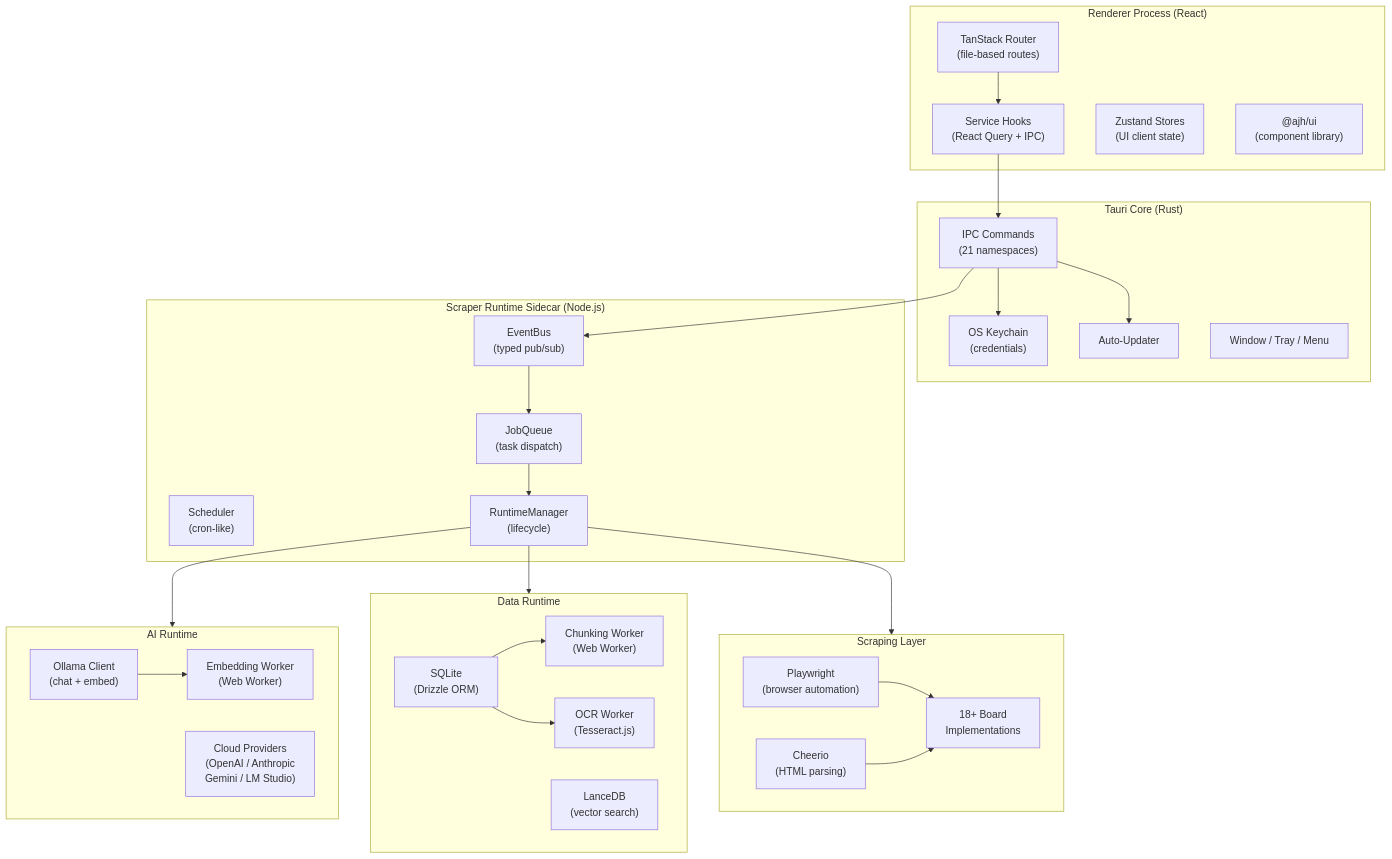
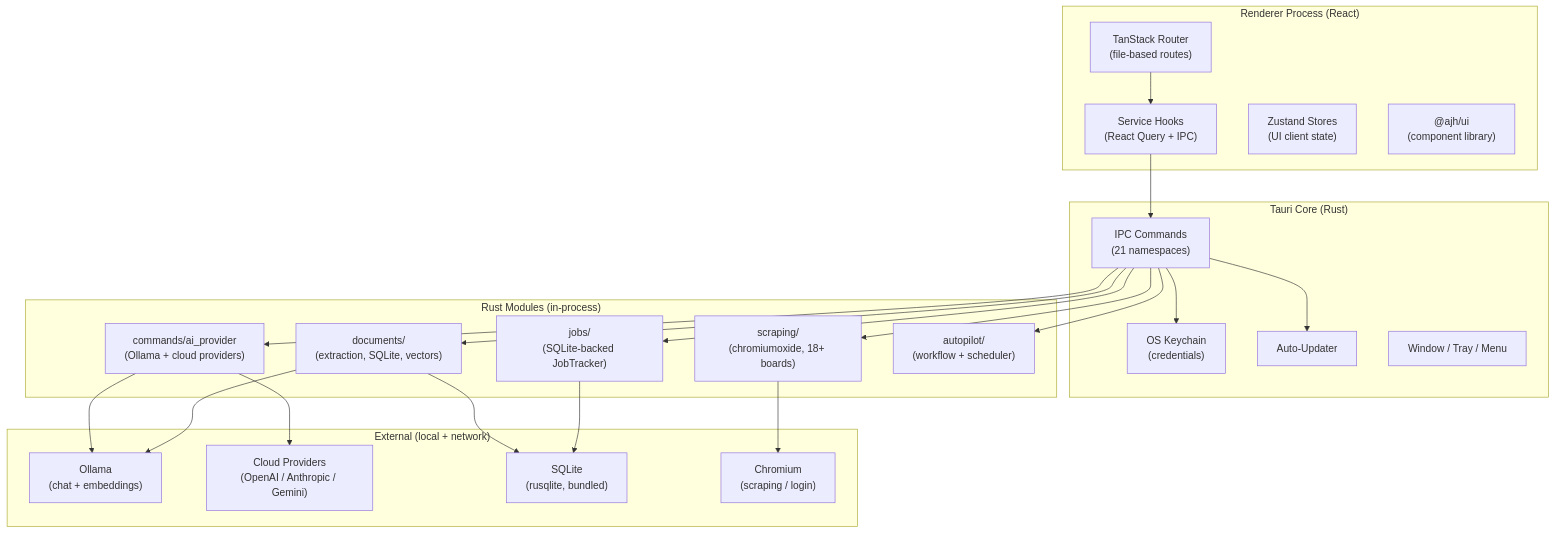
One commit to saeedkolivand/ai-job-hunter-app changed the first of 7 diagrams in docs/ARCHITECTURE.md. Above: the diagram before and after it, drawn with Mermaid. The commit also changed other lines of this file and 15 other files, not shown here.

First line of the commit message:
refactor: architecture hardening — typed IPC, codegen, dead-code removal (#143)

````diff
--- a/docs/ARCHITECTURE.md
+++ b/docs/ARCHITECTURE.md
@@ -13,58 +13,47 @@
 ```mermaid
 graph TB
     subgraph Renderer["Renderer Process (React)"]
         Router["TanStack Router\n(file-based routes)"]
         Services["Service Hooks\n(React Query + IPC)"]
         Stores["Zustand Stores\n(UI client state)"]
         UILib["@ajh/ui\n(component library)"]
     end
 
     subgraph Tauri["Tauri Core (Rust)"]
         Commands["IPC Commands\n(21 namespaces)"]
         Keychain["OS Keychain\n(credentials)"]
         Updater["Auto-Updater"]
         Window["Window / Tray / Menu"]
     end
 
-    subgraph Sidecar["Scraper Runtime Sidecar (Node.js)"]
-        EventBus["EventBus\n(typed pub/sub)"]
-        JobQueue["JobQueue\n(task dispatch)"]
-        Scheduler["Scheduler\n(cron-like)"]
-        RuntimeManager["RuntimeManager\n(lifecycle)"]
+    subgraph RustModules["Rust Modules (in-process)"]
+        Scraping["scraping/\n(chromiumoxide, 18+ boards)"]
+        Documents["documents/\n(extraction, SQLite, vectors)"]
+        AiProvider["commands/ai_provider\n(Ollama + cloud providers)"]
+        Jobs["jobs/\n(SQLite-backed JobTracker)"]
+        Autopilot["autopilot/\n(workflow + scheduler)"]
     end
 
-    subgraph AIRuntime["AI Runtime"]
-        OllamaClient["Ollama Client\n(chat + embed)"]
-        CloudProviders["Cloud Providers\n(OpenAI / Anthropic\nGemini / LM Studio)"]
-        EmbedWorker["Embedding Worker\n(Web Worker)"]
-    end
-
-    subgraph DataRuntime["Data Runtime"]
-        SQLite["SQLite\n(Drizzle ORM)"]
-        LanceDB["LanceDB\n(vector search)"]
-        ChunkWorker["Chunking Worker\n(Web Worker)"]
-        OCRWorker["OCR Worker\n(Tesseract.js)"]
-    end
-
-    subgraph Scrapers["Scraping Layer"]
-        Playwright["Playwright\n(browser automation)"]
-        Cheerio["Cheerio\n(HTML parsing)"]
-        Boards["18+ Board\nImplementations"]
+    subgraph External["External (local + network)"]
+        Ollama["Ollama\n(chat + embeddings)"]
+        Cloud["Cloud Providers\n(OpenAI / Anthropic / Gemini)"]
+        SQLite["SQLite\n(rusqlite, bundled)"]
+        Browser["Chromium\n(scraping / login)"]
     end
 
     Router --> Services
     Services --> Commands
-    Commands --> EventBus
-    EventBus --> JobQueue
-    JobQueue --> RuntimeManager
-    RuntimeManager --> AIRuntime
-    RuntimeManager --> DataRuntime
-    RuntimeManager --> Scrapers
-    Playwright --> Boards
-    Cheerio --> Boards
-    OllamaClient --> EmbedWorker
-    SQLite --> ChunkWorker
-    SQLite --> OCRWorker
+    Commands --> Scraping
+    Commands --> Documents
+    Commands --> AiProvider
+    Commands --> Jobs
+    Commands --> Autopilot
+    AiProvider --> Ollama
+    AiProvider --> Cloud
+    Documents --> SQLite
+    Documents --> Ollama
+    Jobs --> SQLite
+    Scraping --> Browser
     Commands --> Keychain
     Commands --> Updater
 ```
````
